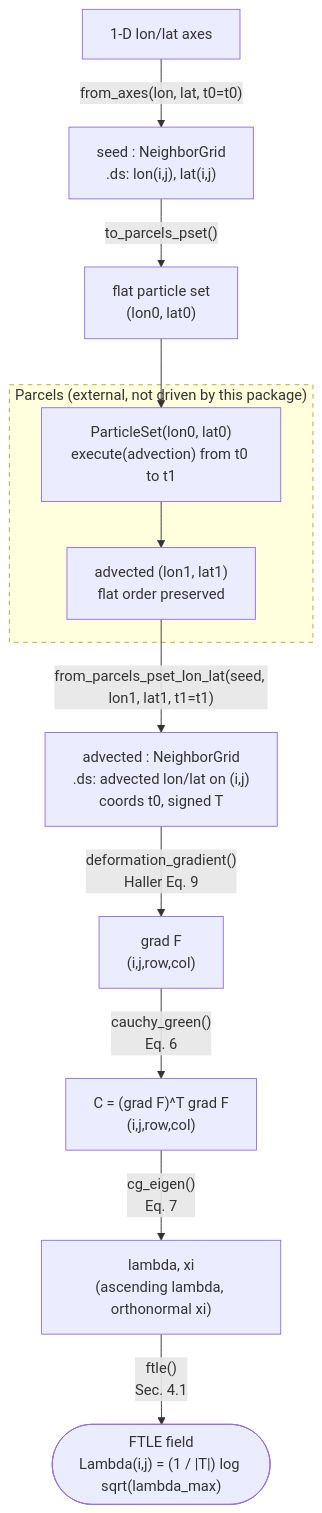
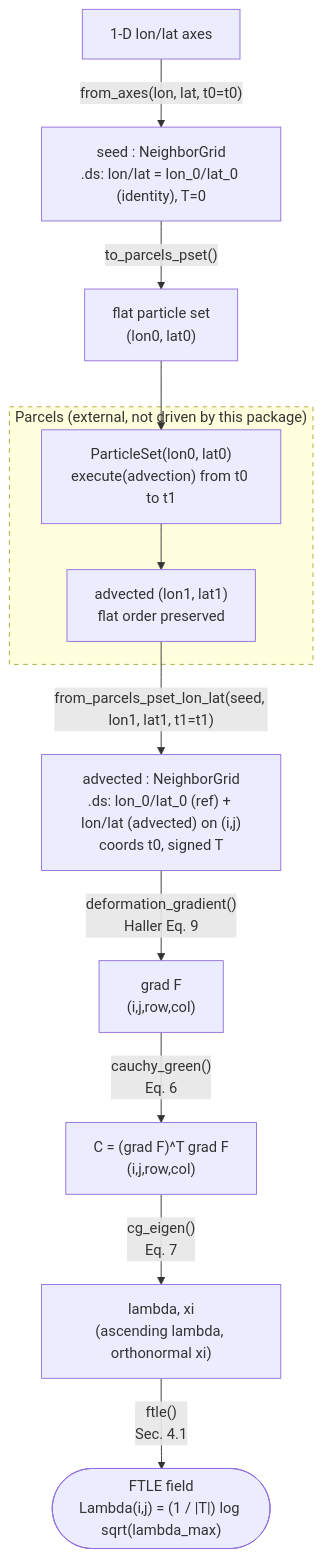
Before and after one commit to geomar-od-lagrange/lcs_parcels: the second of 2 diagrams in docs/architecture.md, drawn with Mermaid. The commit also changed other lines of this file and 6 other files, not shown here.

First line of the commit message:
Implement NeighborGrid and settle the grid position/timing schema

````diff
--- a/docs/architecture.md
+++ b/docs/architecture.md
@@ -95,29 +97,29 @@
 ```mermaid
 flowchart TD
     axes["1-D lon/lat axes"]
-    seed["seed : NeighborGrid<br/>.ds: lon(i,j), lat(i,j)"]
+    seed["seed : NeighborGrid<br/>.ds: lon/lat = lon_0/lat_0 (identity), T=0"]
     pset["flat particle set<br/>(lon0, lat0)"]
 
     subgraph parcels ["Parcels (external, not driven by this package)"]
         advect["ParticleSet(lon0, lat0)<br/>execute(advection) from t0 to t1"]
         out["advected (lon1, lat1)<br/>flat order preserved"]
     end
 
-    grid["advected : NeighborGrid<br/>.ds: advected lon/lat on (i,j)<br/>coords t0, signed T"]
+    grid["advected : NeighborGrid<br/>.ds: lon_0/lat_0 (ref) + lon/lat (advected) on (i,j)<br/>coords t0, signed T"]
     gradF["grad F<br/>(i,j,row,col)"]
     C["C = (grad F)^T grad F<br/>(i,j,row,col)"]
     eig["lambda, xi<br/>(ascending lambda, orthonormal xi)"]
     ftle(["FTLE field<br/>Lambda(i,j) = (1 / |T|) log sqrt(lambda_max)"])
 
     axes -->|"from_axes(lon, lat, t0=t0)"| seed
     seed -->|"to_parcels_pset()"| pset
     pset --> advect
     advect --> out
     out -->|"from_parcels_pset_lon_lat(seed, lon1, lat1, t1=t1)"| grid
     grid -->|"deformation_gradient()<br/>Haller Eq. 9"| gradF
     gradF -->|"cauchy_green()<br/>Eq. 6"| C
     C -->|"cg_eigen()<br/>Eq. 7"| eig
     eig -->|"ftle()<br/>Sec. 4.1"| ftle
 
     style parcels stroke-dasharray: 5 5
 ```
````
